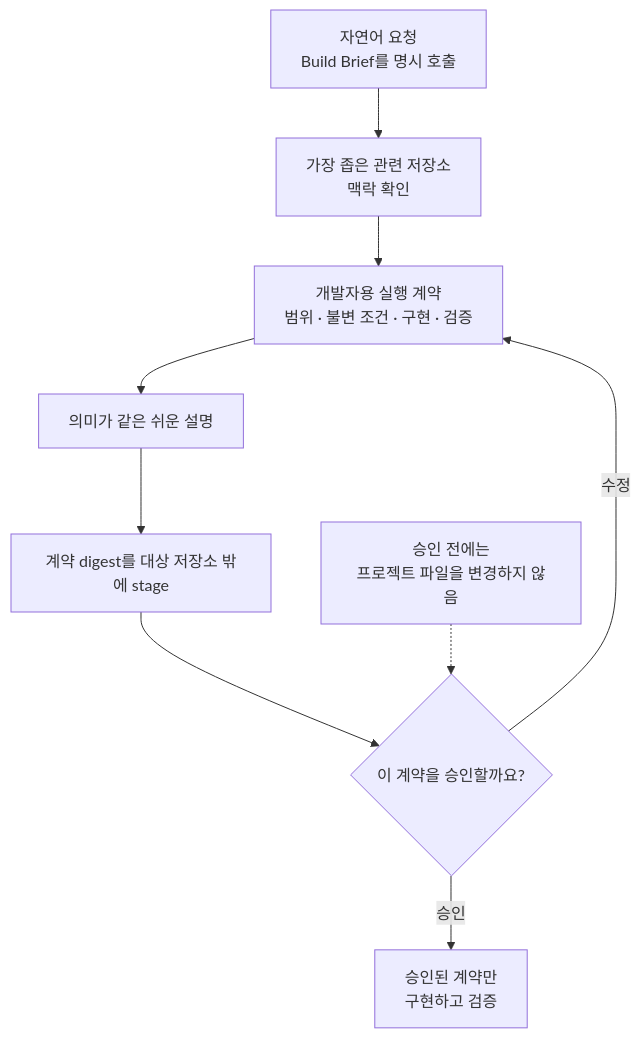
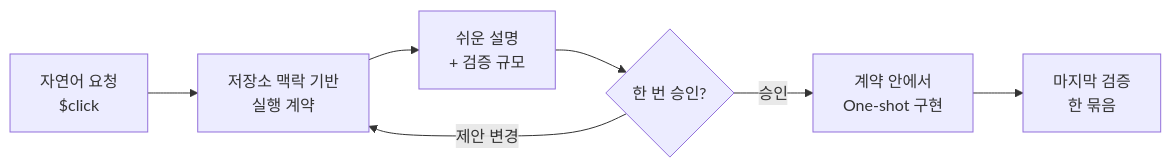
One commit to grapefruit0205/build-brief changed the diagram in README.ko.md. Above: the diagram before and after it, drawn with Mermaid. The commit also changed other lines of this file and 23 other files, not shown here.

Commit message:
Release Click 0.9.0 one-shot workflow

````diff
--- a/README.ko.md
+++ b/README.ko.md
@@ -51,11 +22,9 @@
 ```mermaid
-flowchart TD
-    A["자연어 요청<br/>Build Brief를 명시 호출"] --> B["가장 좁은 관련 저장소<br/>맥락 확인"]
-    B --> C["개발자용 실행 계약<br/>범위 · 불변 조건 · 구현 · 검증"]
-    C --> D["의미가 같은 쉬운 설명"]
-    D --> E["계약 digest를 대상 저장소 밖에 stage"]
-    E --> F{"이 계약을 승인할까요?"}
-    F -->|승인| G["승인된 계약만<br/>구현하고 검증"]
-    F -->|수정| C
-    H["승인 전에는<br/>프로젝트 파일을 변경하지 않음"] -.-> F
+flowchart LR
+    A["자연어 요청<br/>$click"] --> B["저장소 맥락 기반<br/>실행 계약"]
+    B --> C["쉬운 설명<br/>+ 검증 규모"]
+    C --> D{"한 번 승인?"}
+    D -->|승인| E["계약 안에서<br/>One-shot 구현"]
+    E --> F["마지막 검증<br/>한 묶음"]
+    D -->|제안 변경| B
 ```
````
